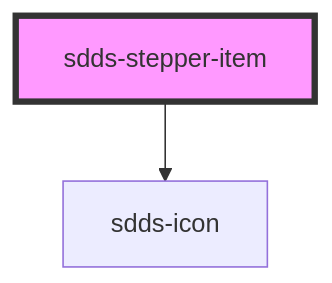
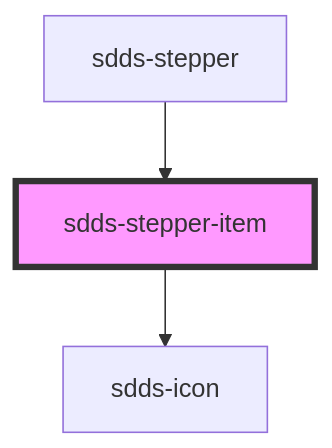
The diagram in tegel/src/components/stepper/stepper-item/readme.md (scania-digital-design-system/sdds), drawn with Mermaid before and after one commit. The commit also changed other lines of this file and 5 other files, not shown here.

````diff
--- a/tegel/src/components/stepper/stepper-item/readme.md
+++ b/tegel/src/components/stepper/stepper-item/readme.md
@@ -23,5 +34,6 @@
 ```mermaid
 graph TD;
   sdds-stepper-item --> sdds-icon
+  sdds-stepper --> sdds-stepper-item
   style sdds-stepper-item fill:#f9f,stroke:#333,stroke-width:4px
 ```
````
